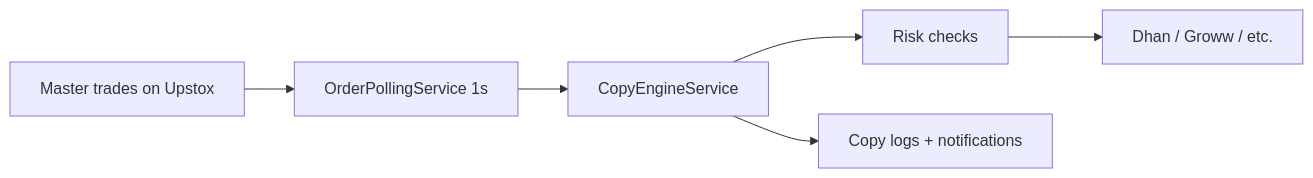
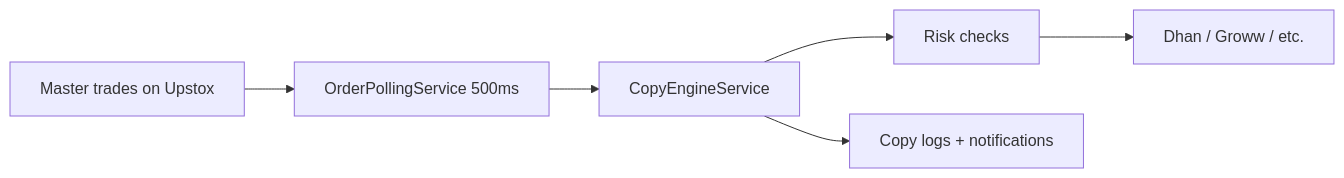
One commit to dhokeaniket/copy-trading changed the diagram in PLATFORM-GUIDE.md. Above: the diagram before and after it, drawn with Mermaid. The commit also changed other lines of this file and 7 other files, not shown here.

First line of the commit message:
feat: 500ms configurable polling and SYSTEM-ARCHITECTURE.md

````diff
--- a/PLATFORM-GUIDE.md
+++ b/PLATFORM-GUIDE.md
@@ -45,8 +45,8 @@
 ```mermaid
 flowchart LR
-  M[Master trades on Upstox] --> P[OrderPollingService 1s]
+  M[Master trades on Upstox] --> P[OrderPollingService 500ms]
   P --> E[CopyEngineService]
   E --> R[Risk checks]
   R --> C[Dhan / Groww / etc.]
   E --> L[Copy logs + notifications]
 ```
````
